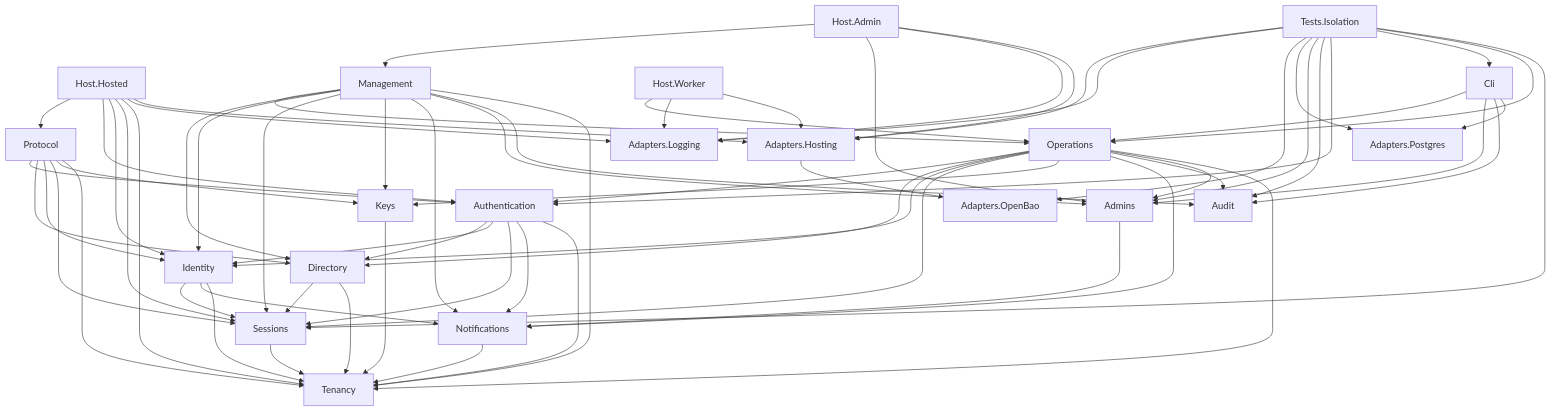
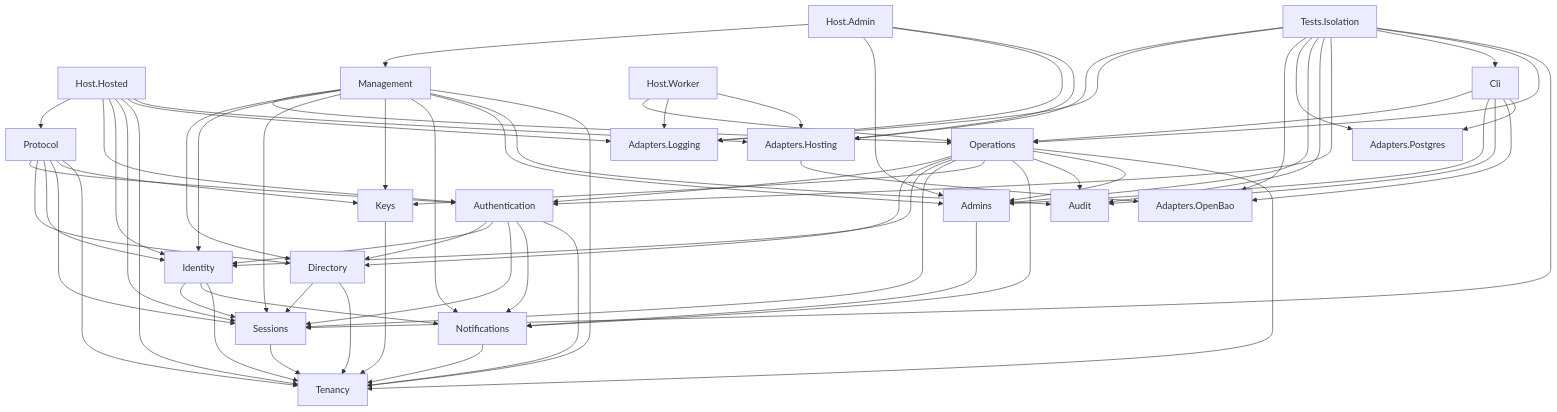
One commit to shanilmelder/gatekeep changed the diagram in docs/architecture/module-dependencies.md. Above: the diagram before and after it, drawn with Mermaid. The commit also changed 36 other files, not shown here.

```diff
--- a/docs/architecture/module-dependencies.md
+++ b/docs/architecture/module-dependencies.md
@@ -21,11 +21,11 @@
   Operations[Operations]
   Cli[Cli]
   Audit[Audit]
+  AdaptersOpenBao[Adapters.OpenBao]
   AdaptersPostgres[Adapters.Postgres]
   Directory[Directory]
   Keys[Keys]
   Notifications[Notifications]
-  AdaptersOpenBao[Adapters.OpenBao]
   TestsIsolation[Tests.Isolation]
   HostHosted --> Protocol
   HostHosted --> Authentication
@@ -44,6 +44,7 @@
   Cli --> Operations
   Cli --> Admins
   Cli --> Audit
+  Cli --> AdaptersOpenBao
   Cli --> AdaptersPostgres
   Protocol --> Authentication
   Protocol --> Directory
```
